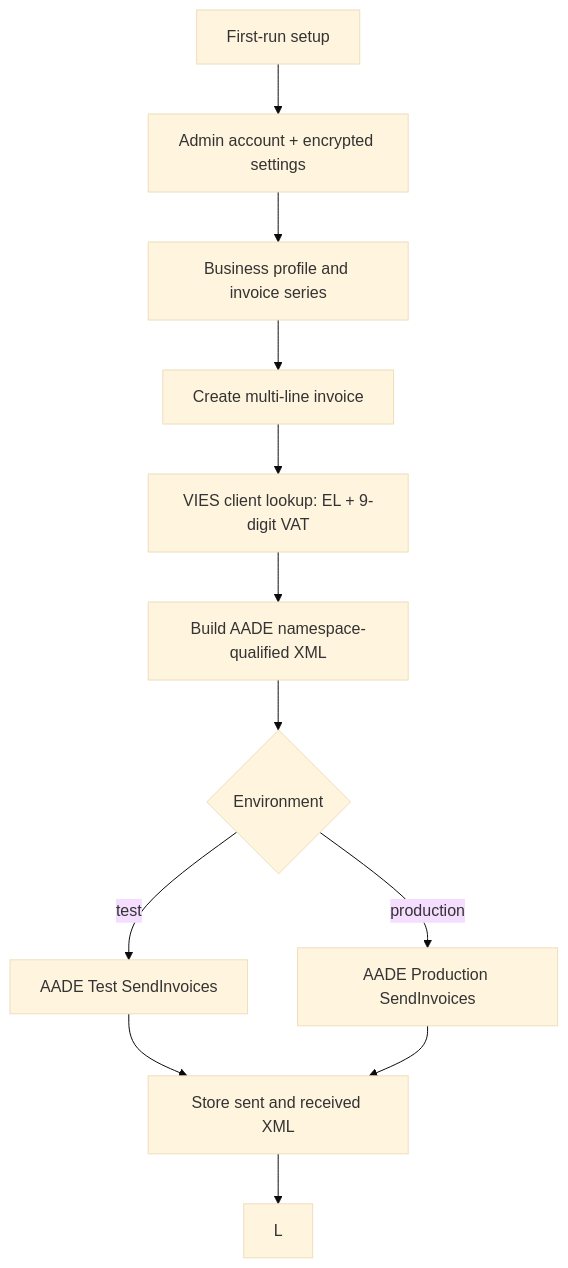
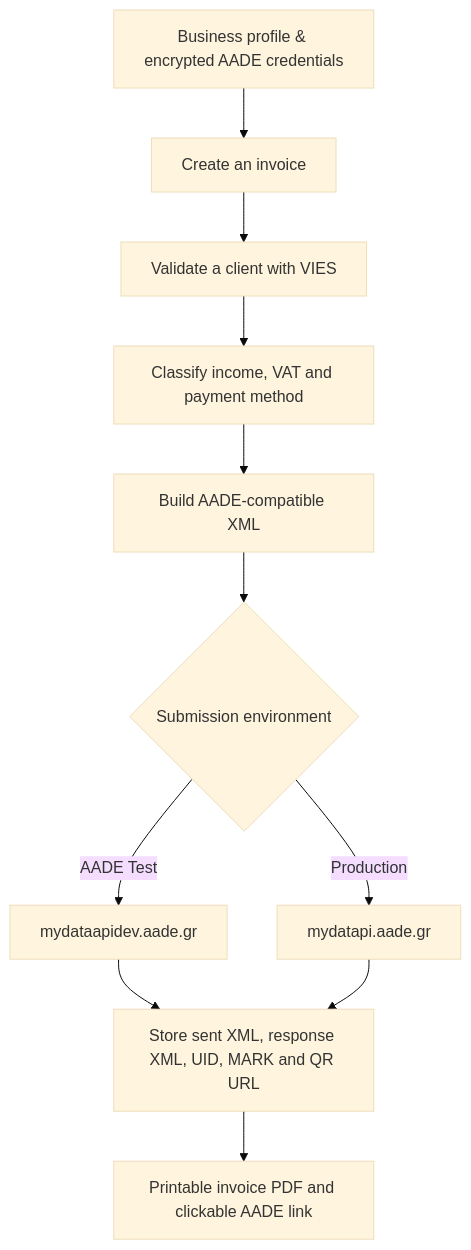
The diagram in README.md (achouvardas/Elefthero), drawn with Mermaid (base theme) before and after one commit. The commit also changed other lines of this file and 6 other files, not shown here.

````diff
--- a/README.md
+++ b/README.md
@@ -16,14 +17,13 @@
 ```mermaid
 flowchart TD
-  A[First-run setup] --> B[Admin account + encrypted settings]
-  B --> C[Business profile and invoice series]
-  C --> D[Create multi-line invoice]
-  D --> E[VIES client lookup: EL + 9-digit VAT]
-  E --> F[Build AADE namespace-qualified XML]
-  F --> G{Environment}
-  G -->|test| I[AADE Test SendInvoices]
-  G -->|production| J[AADE Production SendInvoices]
-  I --> K[Store sent and received XML]
-  J --> K
-  K --> L
+  A[Business profile & encrypted AADE credentials] --> B[Create an invoice]
+  B --> C[Validate a client with VIES]
+  C --> D[Classify income, VAT and payment method]
+  D --> E[Build AADE-compatible XML]
+  E --> F{Submission environment}
+  F -->|AADE Test| G[mydataapidev.aade.gr]
+  F -->|Production| H[mydatapi.aade.gr]
+  G --> I[Store sent XML, response XML, UID, MARK and QR URL]
+  H --> I
+  I --> J[Printable invoice PDF and clickable AADE link]
 ```
````
